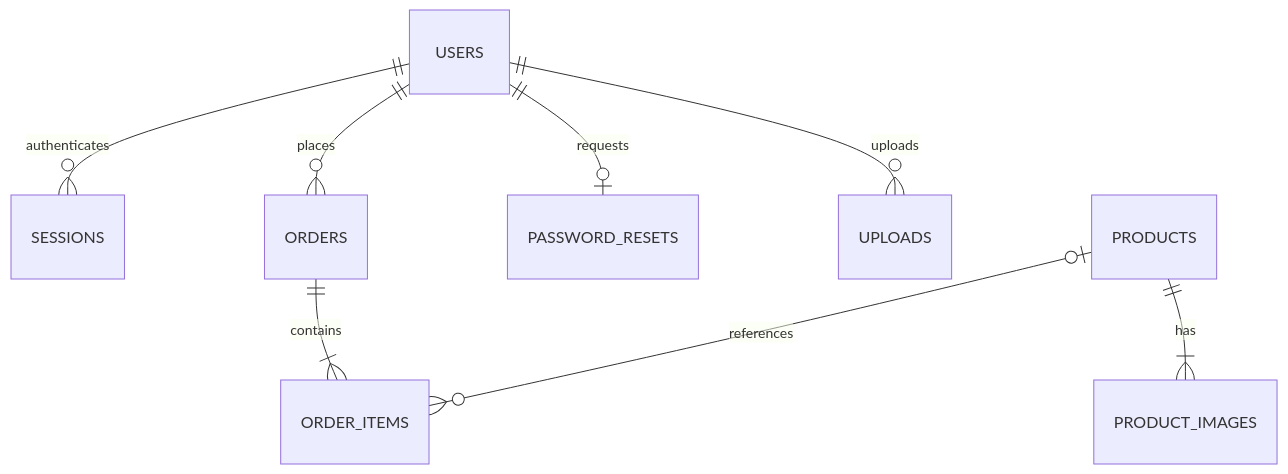
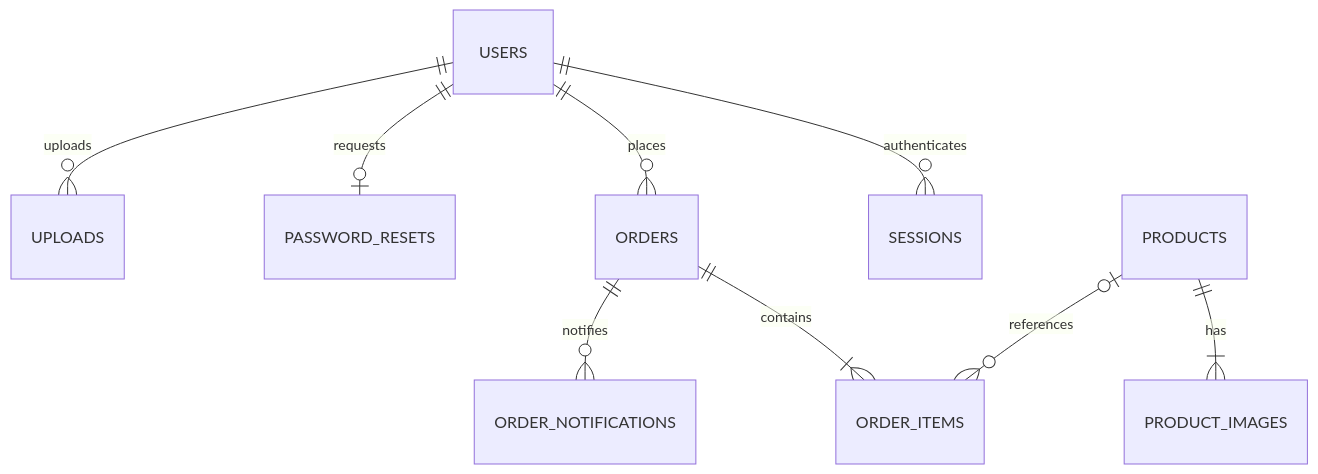
Before and after one commit to mired273mh/nike-store: the diagram in WEB/docs/DATABASE.md, drawn with Mermaid. The commit also changed other lines of this file and 46 other files, not shown here.

````diff
--- a/WEB/docs/DATABASE.md
+++ b/WEB/docs/DATABASE.md
@@ -5,10 +5,11 @@
 ```mermaid
 erDiagram
     USERS ||--o{ SESSIONS : authenticates
     USERS ||--o{ ORDERS : places
     USERS ||--o| PASSWORD_RESETS : requests
     USERS ||--o{ UPLOADS : uploads
     PRODUCTS ||--|{ PRODUCT_IMAGES : has
     ORDERS ||--|{ ORDER_ITEMS : contains
+    ORDERS ||--o{ ORDER_NOTIFICATIONS : notifies
     PRODUCTS o|--o{ ORDER_ITEMS : references
 ```
````
